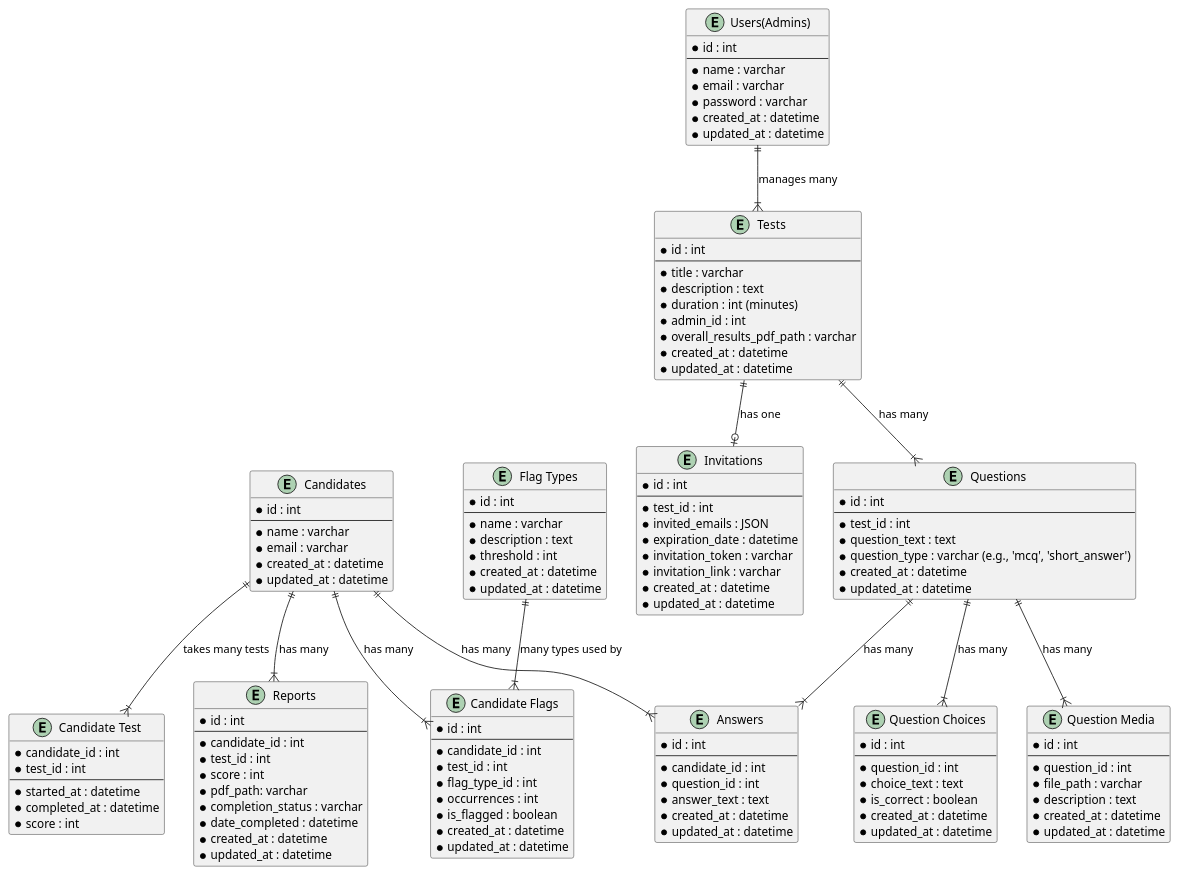
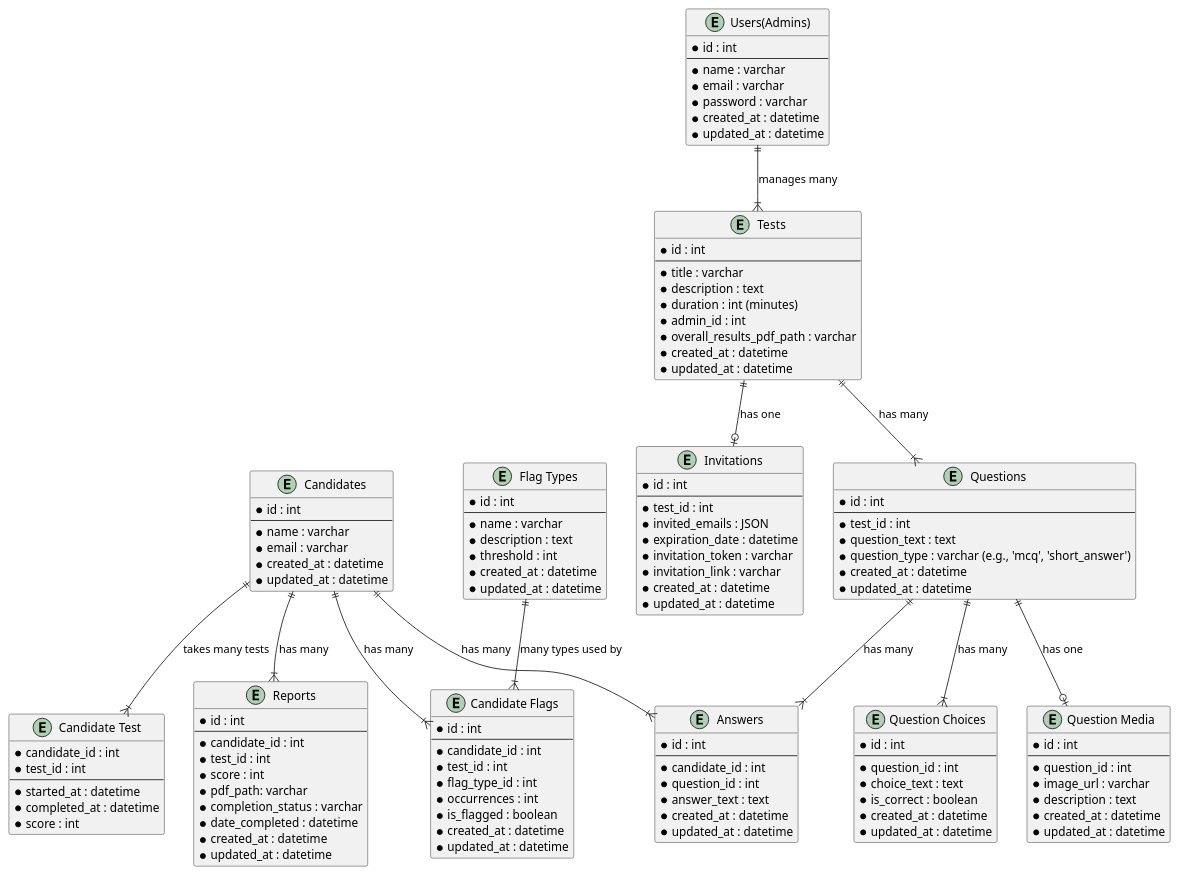
The diagram in storage/plantuml/db_diagram.puml (milelecars/MileleSkillSage), drawn with PlantUML before and after one commit. The commit also changed 36 other files, not shown here.

```diff
--- a/storage/plantuml/db_diagram.puml
+++ b/storage/plantuml/db_diagram.puml
@@ -1,143 +1,143 @@
 @startuml "Milele SkillSage"
 
 entity "Candidates" {
   * id : int
   --
   * name : varchar
   * email : varchar
   * created_at : datetime
   * updated_at : datetime
 }
 
 entity "Tests" {
   * id : int
   --
   * title : varchar
   * description : text
   * duration : int (minutes)
   * admin_id : int
   * overall_results_pdf_path : varchar
   * created_at : datetime
   * updated_at : datetime
 }
 
 entity "Candidate Test" {
   * candidate_id : int
   * test_id : int
   --
   * started_at : datetime
   * completed_at : datetime
   * score : int
 }
 
 entity "Questions" {
   * id : int
   --
   * test_id : int
   * question_text : text
   * question_type : varchar (e.g., 'mcq', 'short_answer')
   * created_at : datetime
   * updated_at : datetime
 }
 
 entity "Question Choices" {
   * id : int
   --
   * question_id : int
   * choice_text : text
   * is_correct : boolean
   * created_at : datetime
   * updated_at : datetime
 }
 
 entity "Question Media" {
   * id : int
   --
   * question_id : int
-  * file_path : varchar
+  * image_url : varchar
   * description : text
   * created_at : datetime
   * updated_at : datetime
 }
 
 entity "Answers" {
   * id : int
   --
   * candidate_id : int
   * question_id : int
   * answer_text : text
   * created_at : datetime
   * updated_at : datetime
 }
 
 entity "Users(Admins)" {
   * id : int
   --
   * name : varchar
   * email : varchar
   * password : varchar  
   * created_at : datetime
   * updated_at : datetime
 }
 
 entity "Flag Types" {
   * id : int
   --
   * name : varchar
   * description : text
   * threshold : int
   * created_at : datetime
   * updated_at : datetime
 }
 
 entity "Candidate Flags" {
   * id : int
   --
   * candidate_id : int
   * test_id : int
   * flag_type_id : int
   * occurrences : int
   * is_flagged : boolean
   * created_at : datetime
   * updated_at : datetime
 }
 
 entity "Invitations" {
   * id : int
   --
   * test_id : int
   * invited_emails : JSON
   * expiration_date : datetime
   * invitation_token : varchar
   * invitation_link : varchar
   * created_at : datetime
   * updated_at : datetime
 }
 
 entity "Reports" {
   * id : int
   --
   * candidate_id : int
   * test_id : int
   * score : int
   * pdf_path: varchar
   * completion_status : varchar
   * date_completed : datetime
   * created_at : datetime
   * updated_at : datetime
 }
 
 ' Relationships
 "Candidates" ||--|{ "Reports" : has many
 "Candidates" ||--|{ "Answers" : has many
 "Candidates" ||--|{ "Candidate Flags" : has many
 "Candidates" ||--|{ "Candidate Test" : takes many tests
 "Tests" ||--|{ "Questions" : has many
 "Tests" ||--o| "Invitations" : has one
 "Questions" ||--|{ "Question Choices" : has many
-"Questions" ||--|{ "Question Media" : has many
+"Questions" ||--o| "Question Media" : has one
 "Questions" ||--|{ "Answers" : has many  
 "Flag Types" ||--|{ "Candidate Flags" : many types used by
 "Users(Admins)" ||--|{ "Tests" : manages many
 
 @enduml
```
